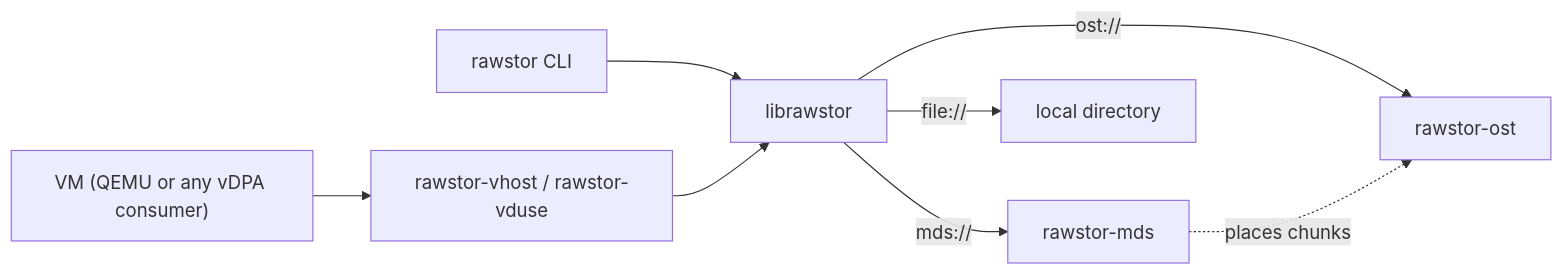
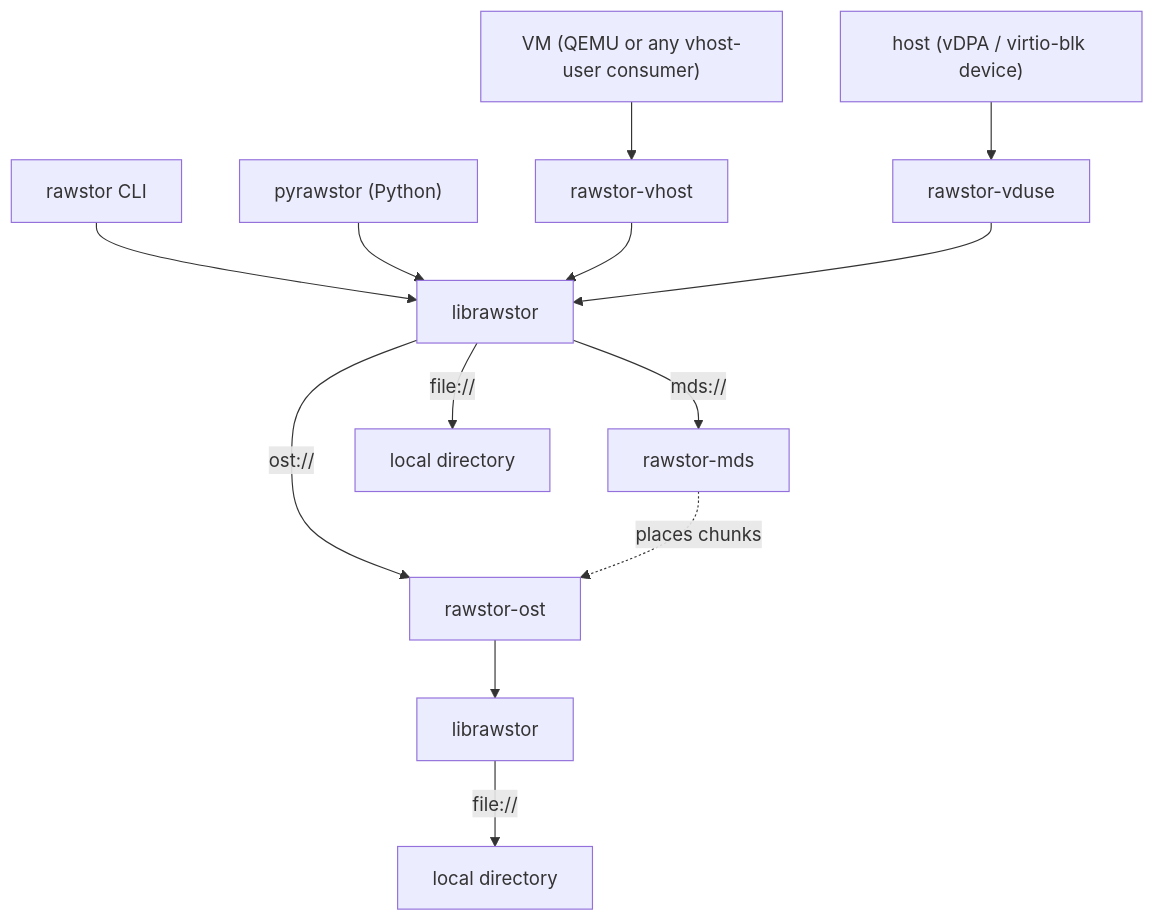
Before and after one commit to rawstor/librawstor: the first of 2 diagrams in docs/index.md, drawn with Mermaid. The commit also changed other lines of this file and 4 other files, not shown here.

First line of the commit message:
docs: index diagram (#726)

````diff
--- a/docs/index.md
+++ b/docs/index.md
@@ -27,10 +27,15 @@
 ```mermaid
-flowchart LR
-    vm["VM (QEMU or any vDPA consumer)"] --> vhost["rawstor-vhost / rawstor-vduse"]
+flowchart TD
+    vm["VM (QEMU or any vhost-user consumer)"] --> vhost["rawstor-vhost"]
+    host["host (vDPA / virtio-blk device)"] --> vduse["rawstor-vduse"]
     cli["rawstor CLI"] --> lib["librawstor"]
+    py["pyrawstor (Python)"] --> lib
     vhost --> lib
+    vduse --> lib
     lib -->|"mds://"| mds["rawstor-mds"]
     lib -->|"ost://"| ost1["rawstor-ost"]
-    lib -->|"file://"| fs["local directory"]
+    lib -->|"file://"| fs1["local directory"]
     mds -. "places chunks" .-> ost1
+    ost1 --> lib2["librawstor"]
+    lib2 -->|"file://"| fs2["local directory"]
 ```
````
